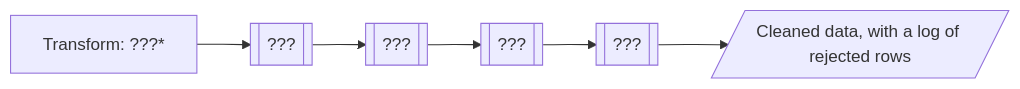
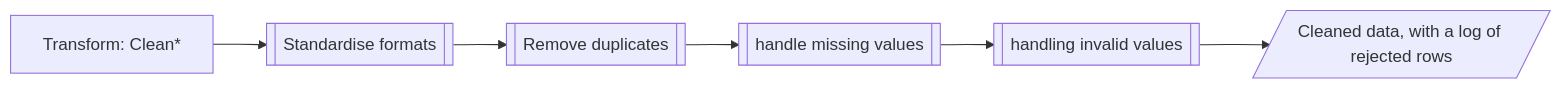
Before and after one commit to sari-3/ETL-and-pipelines: the second of 4 diagrams in etl-activity-3.md, drawn with Mermaid. The commit also changed other lines of this file and 2 other files, not shown here.

````diff
--- a/etl-activity-3.md
+++ b/etl-activity-3.md
@@ -41,8 +41,8 @@
 ```mermaid
 flowchart LR
-    A["Transform: ???*"] --> B1[["???"]]
-    B1 --> B2[["???"]]
-    B2 --> B3[["???"]]
-    B3 --> B4[["???"]]
+    A["Transform: Clean*"] --> B1[["Standardise formats"]]
+    B1 --> B2[["Remove duplicates"]]
+    B2 --> B3[["handle missing values"]]
+    B3 --> B4[["handling invalid values"]]
     B4 --> B5[/"Cleaned data, with a log of rejected rows"/]
 ```
````
